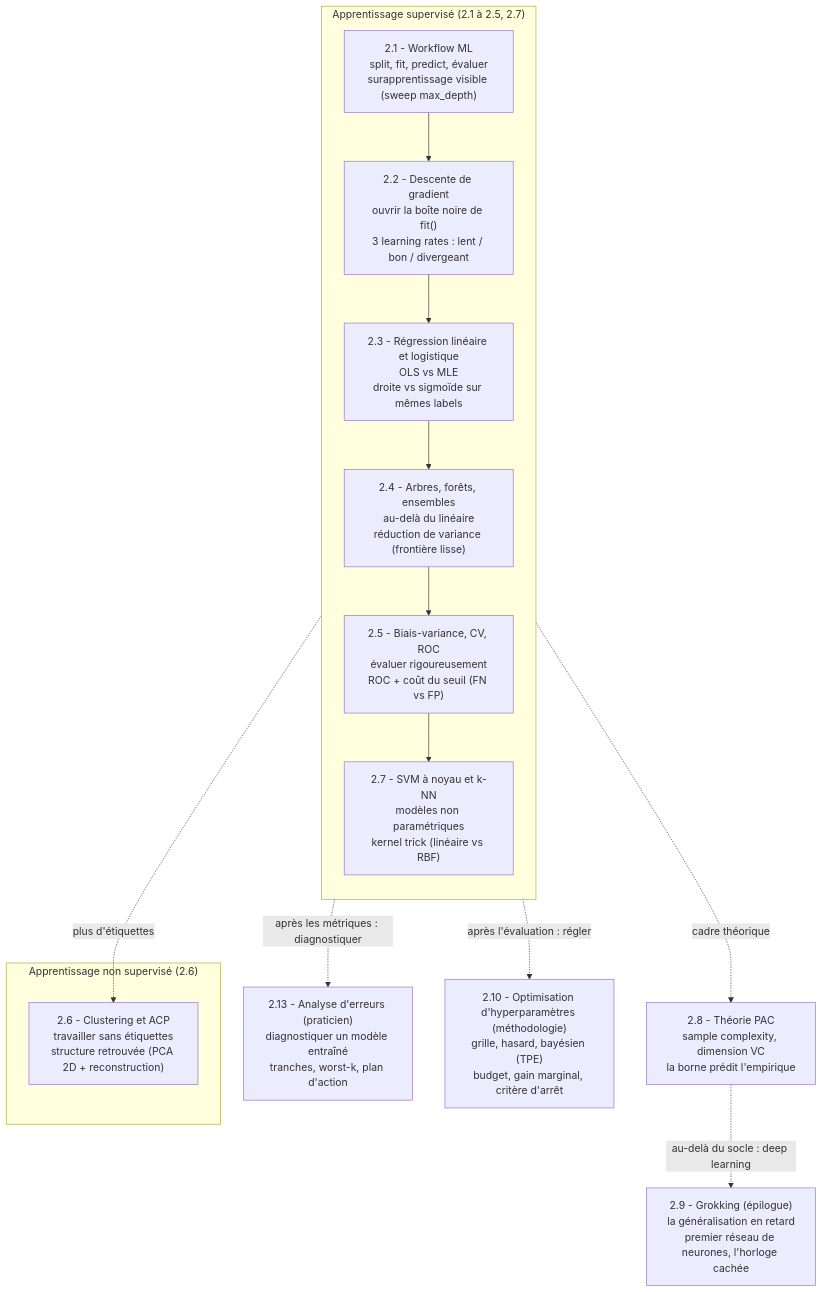
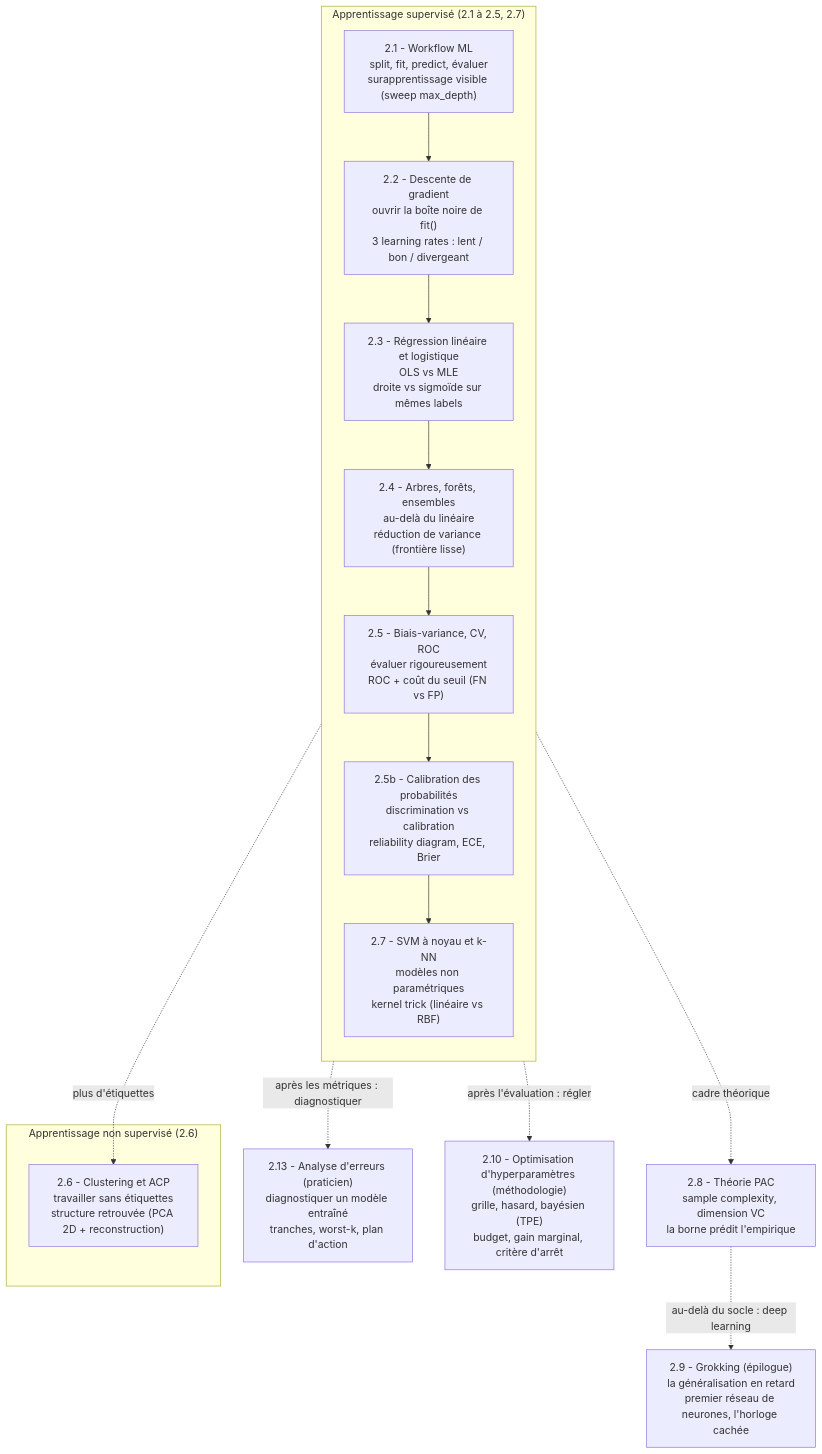
The diagram in MyIA.AI.Notebooks/ML/DataScienceWithAgents/02-ML-Cours/README.md (jsboige/CoursIA), drawn with Mermaid before and after one commit. The commit also changed other lines of this file, not shown here.

First line of the commit message:
docs(#12647): README 02-ML-Cours — ligne 2.5b-Calibration + audit §E fichier entier

````diff
--- a/MyIA.AI.Notebooks/ML/DataScienceWithAgents/02-ML-Cours/README.md
+++ b/MyIA.AI.Notebooks/ML/DataScienceWithAgents/02-ML-Cours/README.md
@@ -75,25 +76,26 @@
 ```mermaid
 flowchart TD
     subgraph SUP["Apprentissage supervisé (2.1 à 2.5, 2.7)"]
       direction TB
       A["2.1 - Workflow ML<br/>split, fit, predict, évaluer<br/>surapprentissage visible (sweep max_depth)"]
       B["2.2 - Descente de gradient<br/>ouvrir la boîte noire de fit()<br/>3 learning rates : lent / bon / divergeant"]
       C["2.3 - Régression linéaire et logistique<br/>OLS vs MLE<br/>droite vs sigmoïde sur mêmes labels"]
       D["2.4 - Arbres, forêts, ensembles<br/>au-delà du linéaire<br/>réduction de variance (frontière lisse)"]
       E["2.5 - Biais-variance, CV, ROC<br/>évaluer rigoureusement<br/>ROC + coût du seuil (FN vs FP)"]
+      E2["2.5b - Calibration des probabilités<br/>discrimination vs calibration<br/>reliability diagram, ECE, Brier"]
       G["2.7 - SVM à noyau et k-NN<br/>modèles non paramétriques<br/>kernel trick (linéaire vs RBF)"]
-      A --> B --> C --> D --> E --> G
+      A --> B --> C --> D --> E --> E2 --> G
     end
     subgraph UNSUP["Apprentissage non supervisé (2.6)"]
       F["2.6 - Clustering et ACP<br/>travailler sans étiquettes<br/>structure retrouvée (PCA 2D + reconstruction)"]
     end
     H["2.8 - Théorie PAC<br/>sample complexity, dimension VC<br/>la borne prédit l'empirique"]
     I["2.9 - Grokking (épilogue)<br/>la généralisation en retard<br/>premier réseau de neurones, l'horloge cachée"]
     E -. "plus d'étiquettes" .-> F
     E -. "cadre théorique" .-> H
     H -. "au-delà du socle : deep learning" .-> I
     J["2.13 - Analyse d'erreurs (praticien)<br/>diagnostiquer un modèle entraîné<br/>tranches, worst-k, plan d'action"]
     E -. "après les métriques : diagnostiquer" .-> J
     K["2.10 - Optimisation d'hyperparamètres (méthodologie)<br/>grille, hasard, bayésien (TPE)<br/>budget, gain marginal, critère d'arrêt"]
     E -. "après l'évaluation : régler" .-> K
 ```
````
